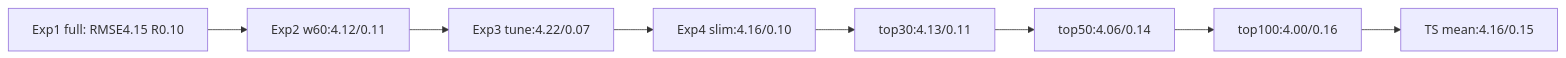
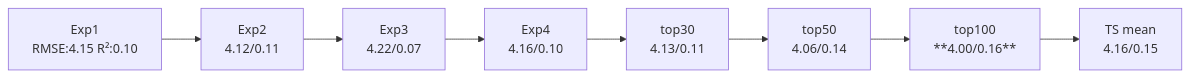
Before and after one commit to Misha-42/soda-ml-carbonation-control: the first of 6 diagrams in experiments/soda-ml-nir_targetB_v6/README.md, drawn with Mermaid. The commit also changed other lines of this file, not shown here.

````diff
--- a/experiments/soda-ml-nir_targetB_v6/README.md
+++ b/experiments/soda-ml-nir_targetB_v6/README.md
@@ -101,10 +47,10 @@
 ```mermaid
-graph LR
-    A[Exp1 full: RMSE4.15 R0.10] --> B[Exp2 w60:4.12/0.11]
-    B --> C[Exp3 tune:4.22/0.07]
-    C --> D[Exp4 slim:4.16/0.10]
-    D --> E[top30:4.13/0.11]
-    E --> F[top50:4.06/0.14]
-    F --> G[top100:4.00/0.16]
-    G --> H[TS mean:4.16/0.15]
+    graph LR
+        A[Exp1<br/>RMSE:4.15 R²:0.10] --> B[Exp2<br/>4.12/0.11]
+        B --> C[Exp3<br/>4.22/0.07]
+        C --> D[Exp4<br/>4.16/0.10]
+        D --> E[top30<br/>4.13/0.11]
+        E --> F[top50<br/>4.06/0.14]
+        F --> G[top100<br/>**4.00/0.16**]
+        G --> H[TS mean<br/>4.16/0.15]
 ```
````
